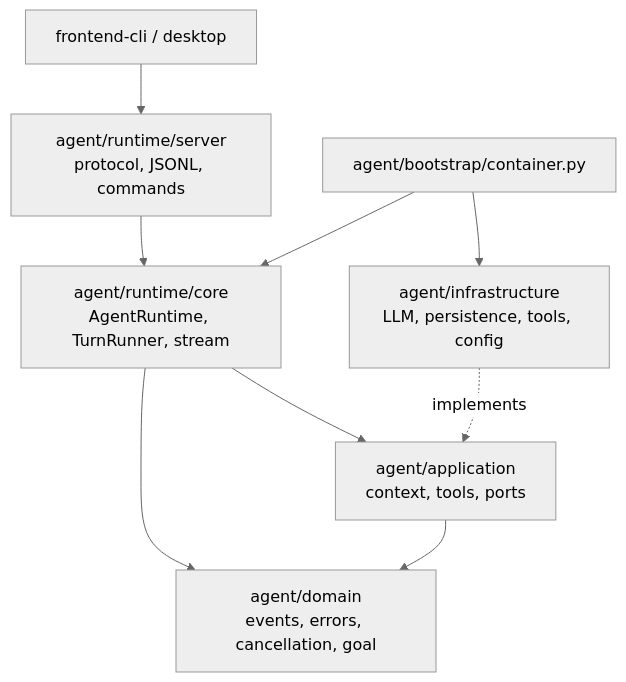
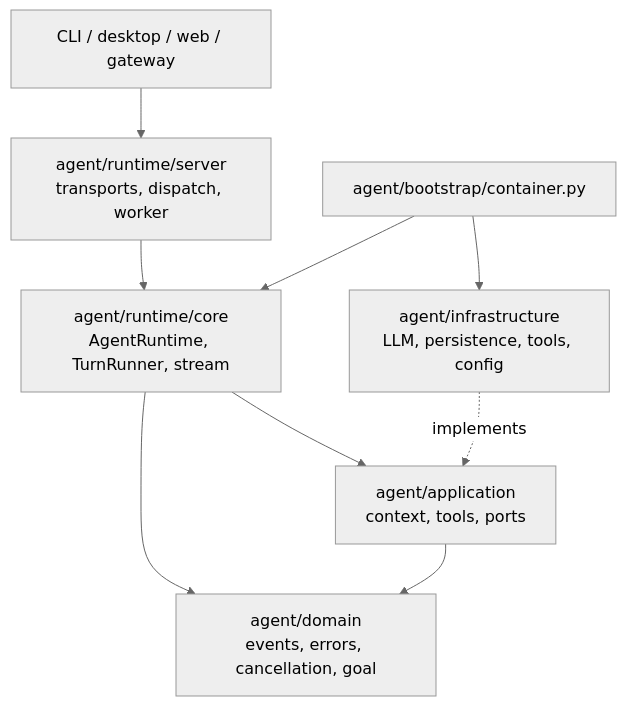
Before and after one commit to Azzurroooo/rind: the first of 2 diagrams in docs/architecture.md, drawn with Mermaid (neutral theme). The commit also changed other lines of this file and 61 other files, not shown here.

````diff
--- a/docs/architecture.md
+++ b/docs/architecture.md
@@ -7,11 +7,11 @@
 ```mermaid
 flowchart TB
-    Surface["frontend-cli / desktop"] --> Server["agent/runtime/server\nprotocol, JSONL, commands"]
+    Surface["CLI / desktop / web / gateway"] --> Server["agent/runtime/server\ntransports, dispatch, worker"]
     Server --> Core["agent/runtime/core\nAgentRuntime, TurnRunner, stream"]
     Core --> Application["agent/application\ncontext, tools, ports"]
     Core --> Domain["agent/domain\nevents, errors, cancellation, goal"]
     Application --> Domain
     Bootstrap["agent/bootstrap/container.py"] --> Core
     Bootstrap --> Infrastructure["agent/infrastructure\nLLM, persistence, tools, config"]
     Infrastructure -. implements .-> Application
 ```
````
